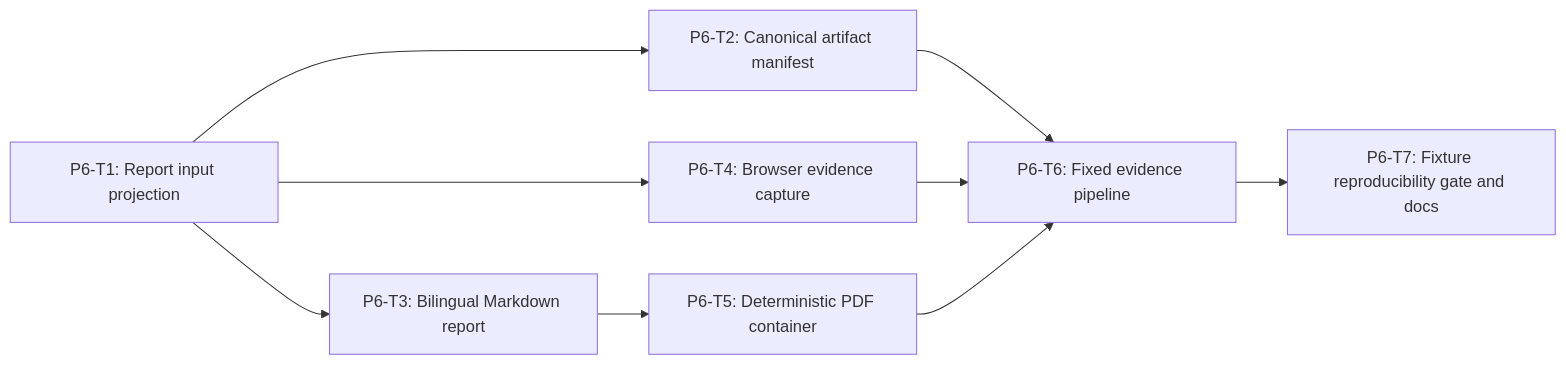
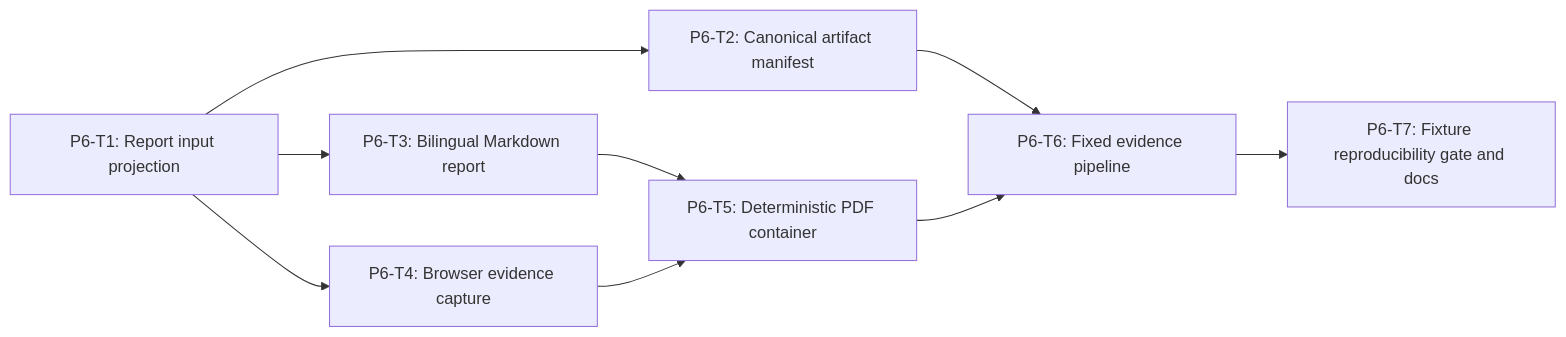
Before and after one commit to Lang-Qiu/Agent-security-platform: the diagram in docs/superpowers/plans/2026-06-30-track1-demo-010-phase-6-report-evidence.md, drawn with Mermaid. The commit also changed other lines of this file and 49 other files, not shown here.

````diff
--- a/docs/superpowers/plans/2026-06-30-track1-demo-010-phase-6-report-evidence.md
+++ b/docs/superpowers/plans/2026-06-30-track1-demo-010-phase-6-report-evidence.md
@@ -48,18 +48,18 @@
 ```mermaid
 flowchart LR
   T1["P6-T1: Report input projection"]
   T2["P6-T2: Canonical artifact manifest"]
   T3["P6-T3: Bilingual Markdown report"]
   T4["P6-T4: Browser evidence capture"]
   T5["P6-T5: Deterministic PDF container"]
   T6["P6-T6: Fixed evidence pipeline"]
   T7["P6-T7: Fixture reproducibility gate and docs"]
   T1 --> T2
   T1 --> T3
   T1 --> T4
   T3 --> T5
+  T4 --> T5
   T2 --> T6
-  T4 --> T6
   T5 --> T6
   T6 --> T7
 ```
````
